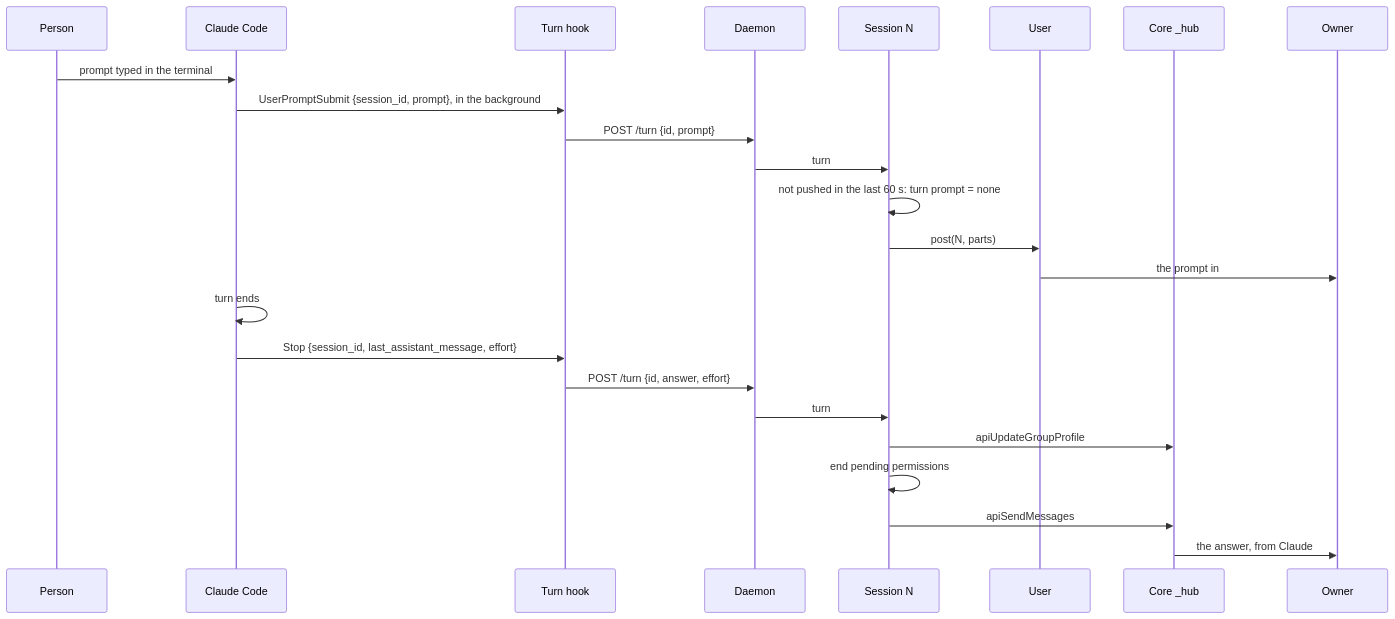
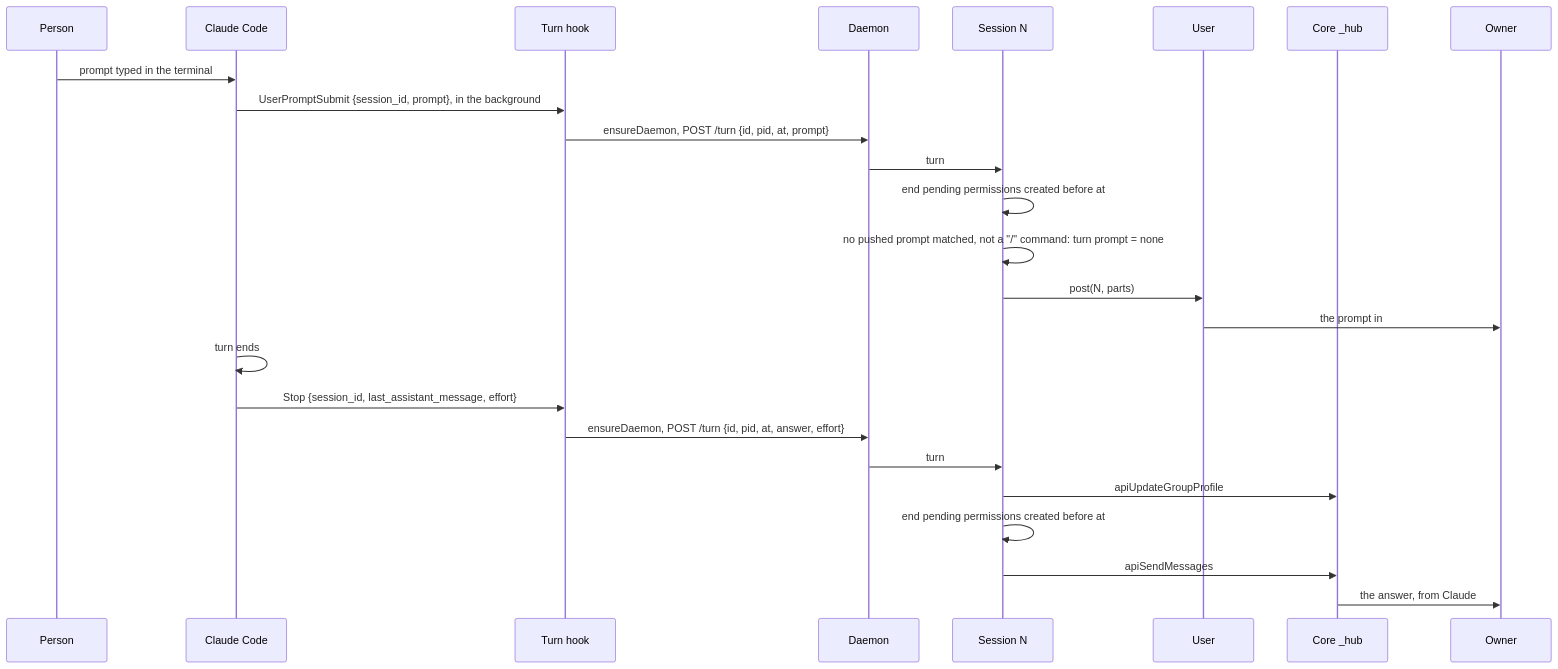
Diagram 21 of 27 in packages/simplex-chat-mcp/spec/flows.md (simplex-chat/simplex-chat), drawn with Mermaid before and after one commit. The commit also changed other lines of this file and 5 other files, not shown here.

````diff
--- a/packages/simplex-chat-mcp/spec/flows.md
+++ b/packages/simplex-chat-mcp/spec/flows.md
@@ -915,26 +924,27 @@
 ```mermaid
 sequenceDiagram
   participant P as Person
   participant CC as Claude Code
   participant HK as Turn hook
   participant D as Daemon
   participant N as Session N
   participant U as User
   participant C as Core _hub
   participant O as Owner
   P->>CC: prompt typed in the terminal
   CC->>HK: UserPromptSubmit {session_id, prompt}, in the background
-  HK->>D: POST /turn {id, prompt}
+  HK->>D: ensureDaemon, POST /turn {id, pid, at, prompt}
   D->>N: turn
-  N->>N: not pushed in the last 60 s: turn prompt = none
+  N->>N: end pending permissions created before at
+  N->>N: no pushed prompt matched, not a "/" command: turn prompt = none
   N->>U: post(N, parts)
   U->>O: the prompt in #G, from User
   CC->>CC: turn ends
   CC->>HK: Stop {session_id, last_assistant_message, effort}
-  HK->>D: POST /turn {id, answer, effort}
+  HK->>D: ensureDaemon, POST /turn {id, pid, at, answer, effort}
   D->>N: turn
-  N->>C: apiUpdateGroupProfile #G shortDescr MODEL · effort LEVEL, when it changed
-  N->>N: end pending permissions
+  N->>C: apiUpdateGroupProfile #G shortDescr MODEL · effort LEVEL, when it changed; session.json
+  N->>N: end pending permissions created before at
   N->>C: apiSendMessages #G parts, the first quoting the turn prompt from the group
   C->>O: the answer, from Claude
 ```
````
